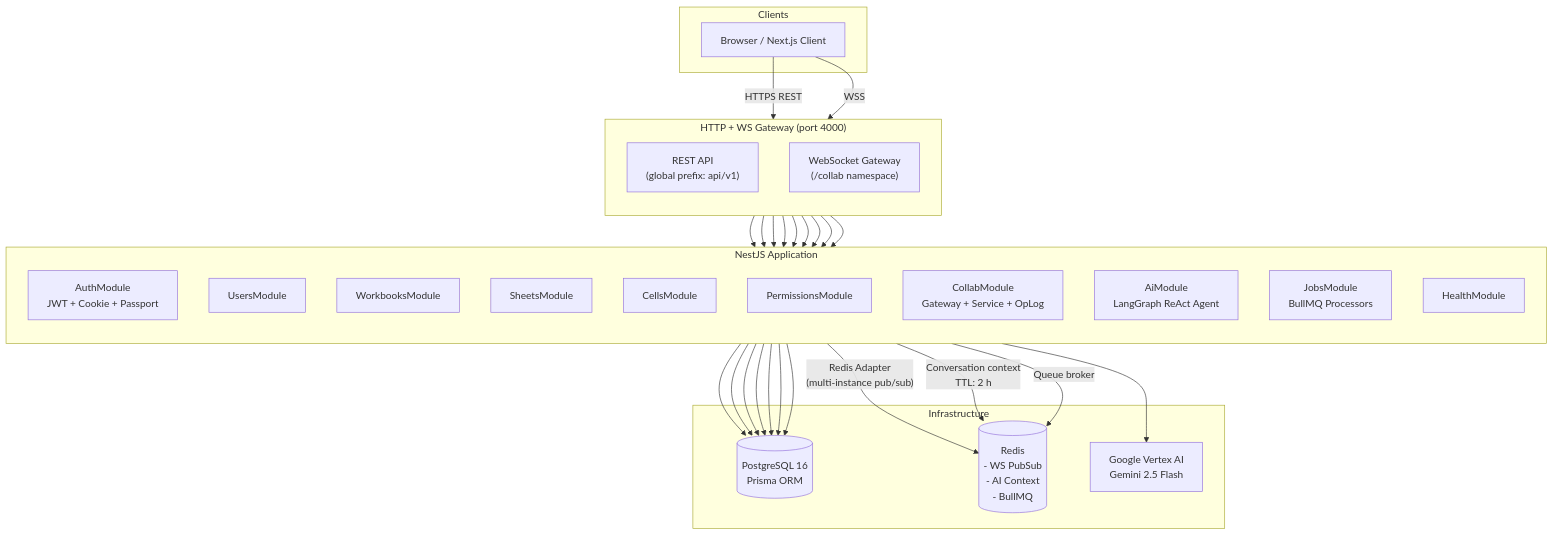
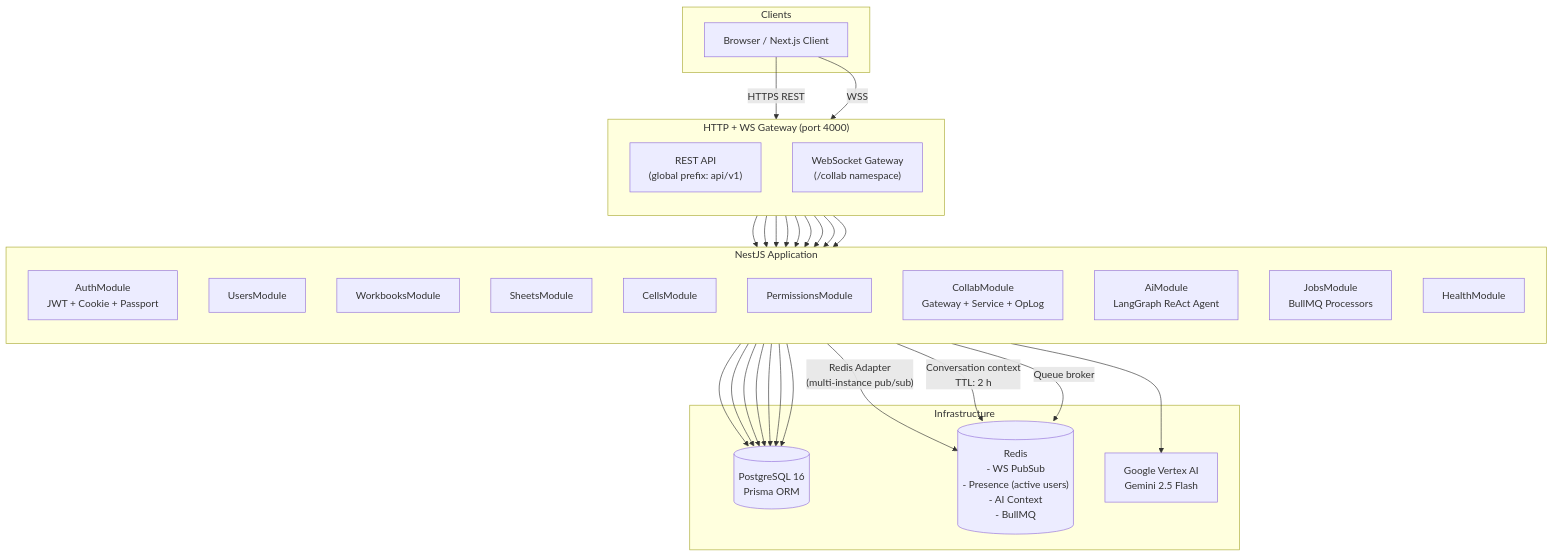
Before and after one commit to anshumanmohanty26/onsheet-backend: the first of 4 diagrams in docs/architecture.md, drawn with Mermaid. The commit also changed 14 other files, not shown here.

Commit message:
store presence in redis, remove cloudinary, fix collab gateway, update docs, fix biome warnings

````diff
--- a/docs/architecture.md
+++ b/docs/architecture.md
@@ -5,43 +5,43 @@
 ```mermaid
 graph TB
     subgraph Clients
         Browser["Browser / Next.js Client"]
     end
 
     subgraph Gateway["HTTP + WS Gateway  (port 4000)"]
         direction TB
         API["REST API\n(global prefix: api/v1)"]
         WS["WebSocket Gateway\n(/collab namespace)"]
     end
 
     subgraph NestJS["NestJS Application"]
         direction TB
         Auth["AuthModule\nJWT + Cookie + Passport"]
         Users["UsersModule"]
         Workbooks["WorkbooksModule"]
         Sheets["SheetsModule"]
         Cells["CellsModule"]
         Perms["PermissionsModule"]
         Collab["CollabModule\nGateway + Service + OpLog"]
         AI["AiModule\nLangGraph ReAct Agent"]
         Jobs["JobsModule\nBullMQ Processors"]
         Health["HealthModule"]
     end
 
     subgraph Infra["Infrastructure"]
         PG[("PostgreSQL 16\nPrisma ORM")]
-        Redis[("Redis\n- WS PubSub\n- AI Context\n- BullMQ")]
+        Redis[("Redis\n- WS PubSub\n- Presence (active users)\n- AI Context\n- BullMQ")]
         Vertex["Google Vertex AI\nGemini 2.5 Flash"]
     end
 
     Browser -->|"HTTPS REST"| API
     Browser -->|"WSS"| WS
     API --> Auth & Users & Workbooks & Sheets & Cells & Perms & AI & Health
     WS --> Collab
     Auth & Users & Workbooks & Sheets & Cells & Perms --> PG
     Collab --> PG
     Collab -->|"Redis Adapter\n(multi-instance pub/sub)"| Redis
     AI -->|"Conversation context\nTTL: 2 h"| Redis
     Jobs -->|"Queue broker"| Redis
     AI --> Vertex
 ```
````
